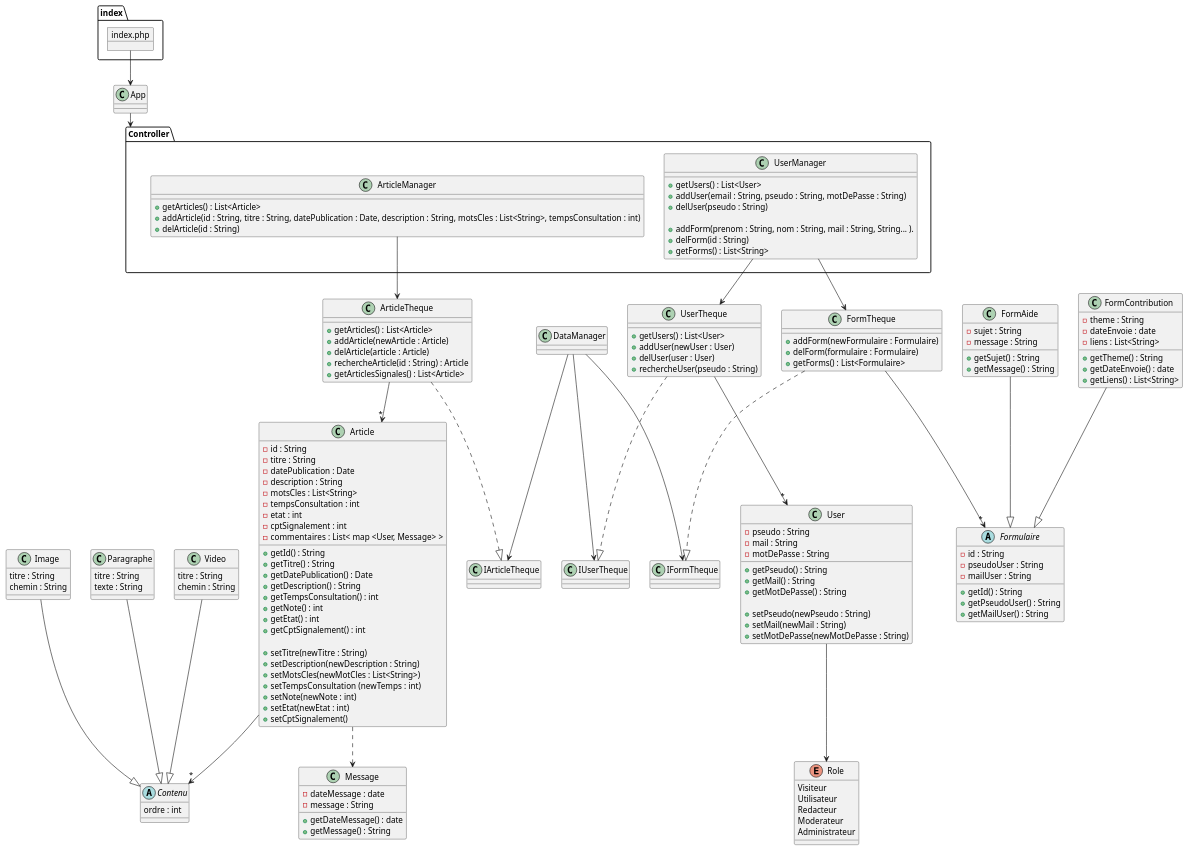
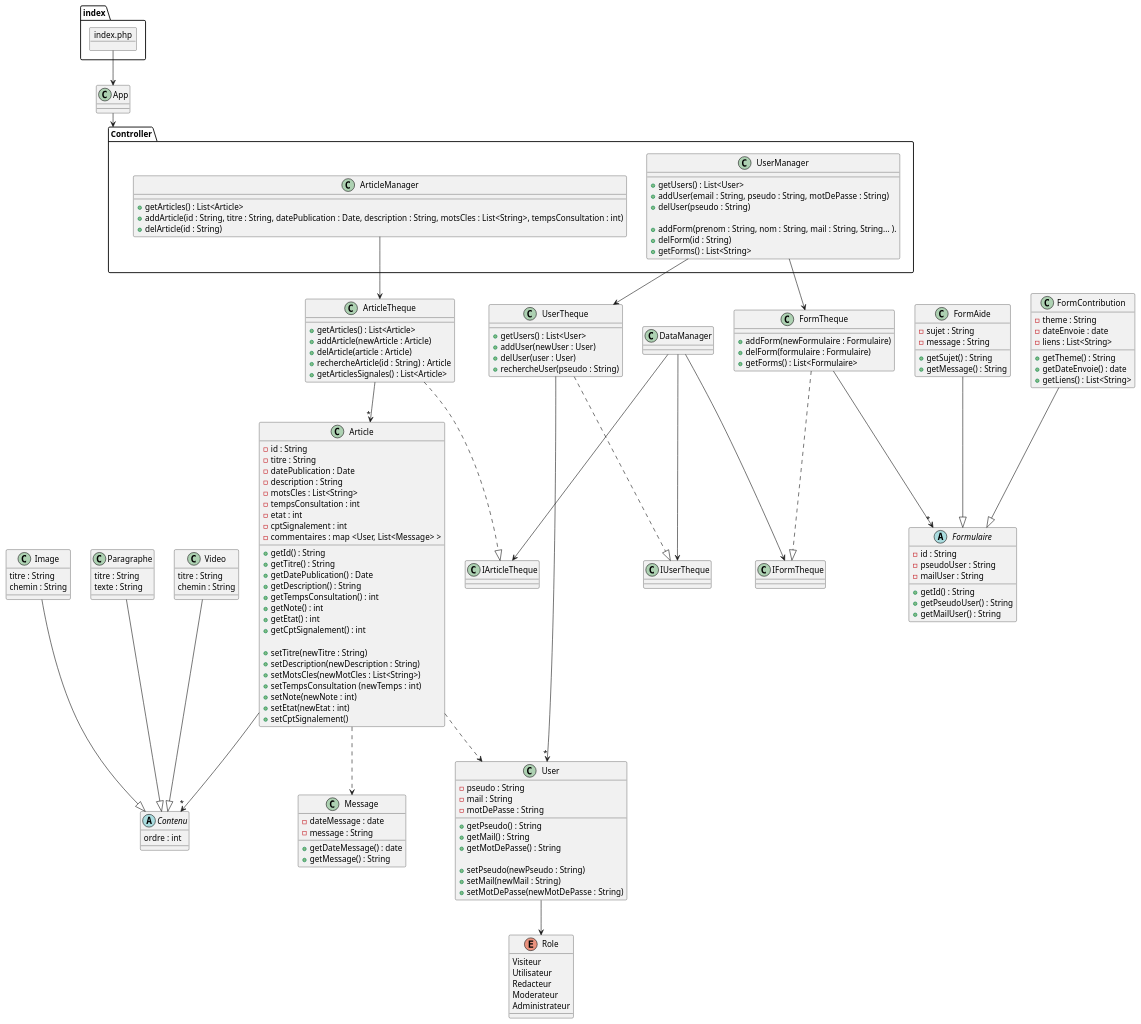
The diagram in Diagramme/diagrammeClasse.md (tonyfgs/Verax), drawn with PlantUML before and after one commit.

Commit message:
Mise à jour de 'Diagramme/diagrammeClasse.md'

```diff
--- a/Diagramme/diagrammeClasse.md
+++ b/Diagramme/diagrammeClasse.md
@@ -43,7 +43,7 @@
     - tempsConsultation : int
     - etat : int
     - cptSignalement : int
-    - commentaires : List< map <User, Message> > 
+    - commentaires : map <User, List<Message> > 
 
     + getId() : String
     + getTitre() : String
@@ -157,6 +157,7 @@
 Paragraphe --|> Contenu
 Video --|> Contenu
 Article ..> Message
+Article ..> User
 
 UserManager --> UserTheque
 UserTheque --> "*" User
```
